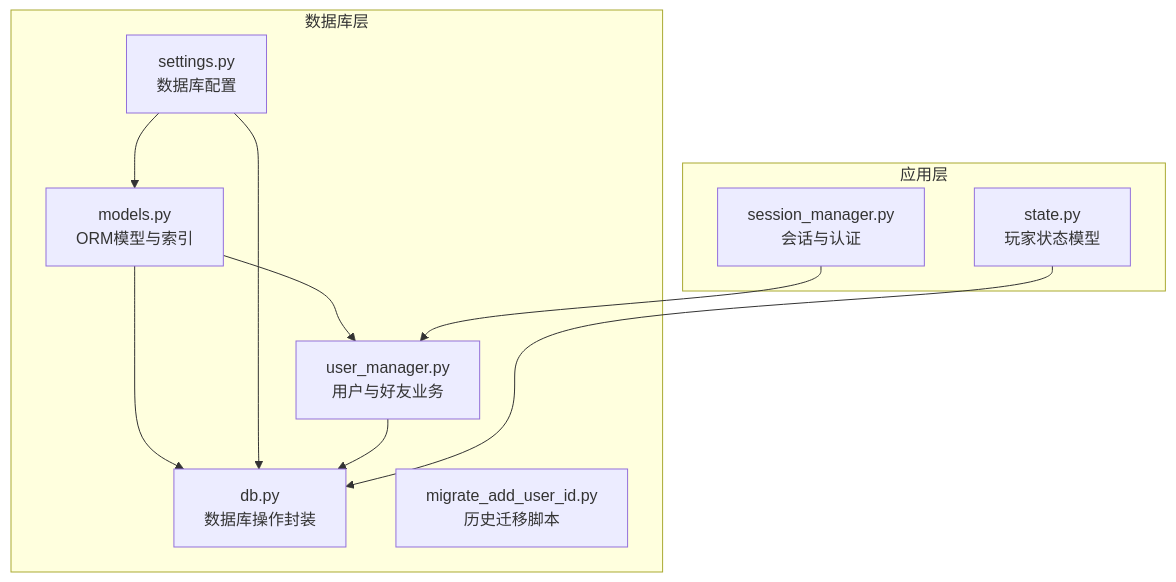
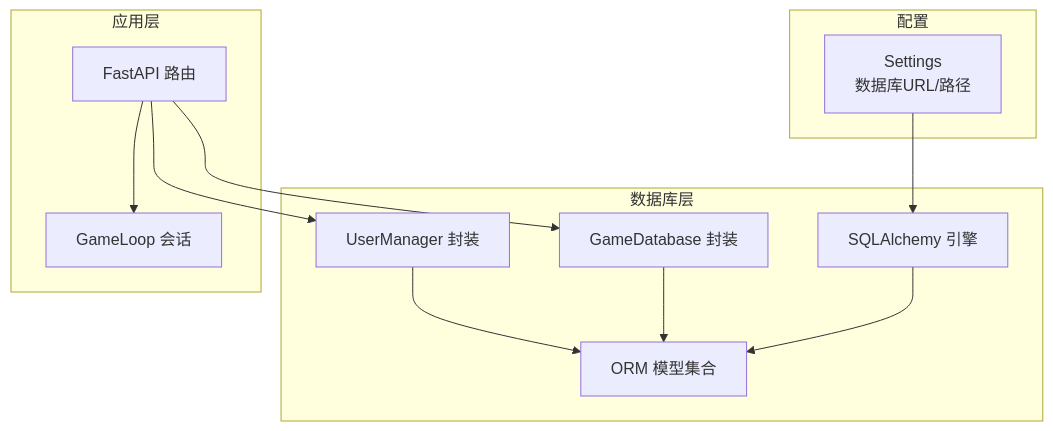
Before and after one commit to cc-chen-tech/LifeDraft: the first of 8 diagrams in .qoder/repowiki/zh/content/数据库设计.md, drawn with Mermaid. The commit also changed other lines of this file and 194 other files, not shown here.

````diff
--- a/.qoder/repowiki/zh/content/数据库设计.md
+++ b/.qoder/repowiki/zh/content/数据库设计.md
@@ -38,21 +41,23 @@
 ```mermaid
 graph TB
+subgraph "配置"
+S["Settings<br/>数据库URL/路径"]
+end
 subgraph "数据库层"
-M["models.py<br/>ORM模型与索引"]
-D["db.py<br/>数据库操作封装"]
-UM["user_manager.py<br/>用户与好友业务"]
-S["settings.py<br/>数据库配置"]
-MG["migrate_add_user_id.py<br/>历史迁移脚本"]
+E["SQLAlchemy 引擎"]
+M["ORM 模型集合"]
+D["GameDatabase 封装"]
+U["UserManager 封装"]
 end
 subgraph "应用层"
-ST["state.py<br/>玩家状态模型"]
-SM["session_manager.py<br/>会话与认证"]
+API["FastAPI 路由"]
+GS["GameLoop 会话"]
 end
-M --> D
-M --> UM
-S --> M
-S --> D
-UM --> D
-ST --> D
-SM --> UM
+S --> E
+E --> M
+D --> M
+U --> M
+API --> D
+API --> U
+API --> GS
 ```
````
